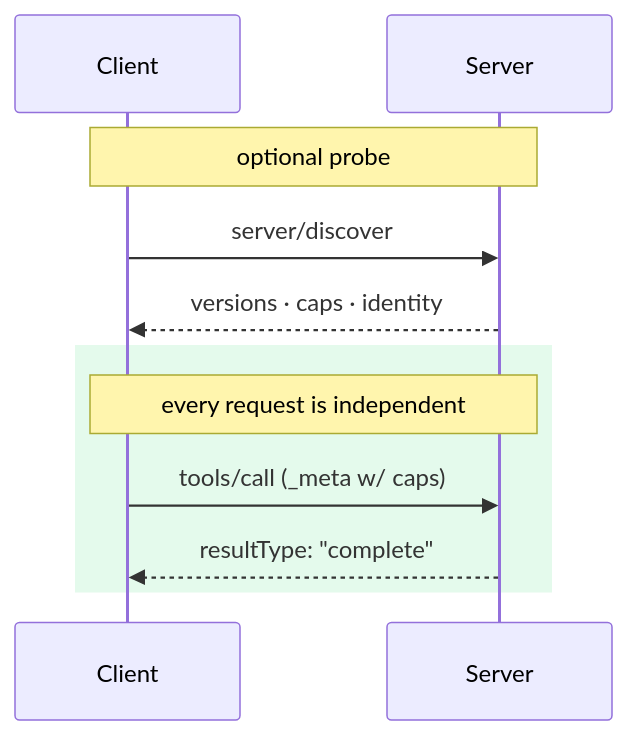
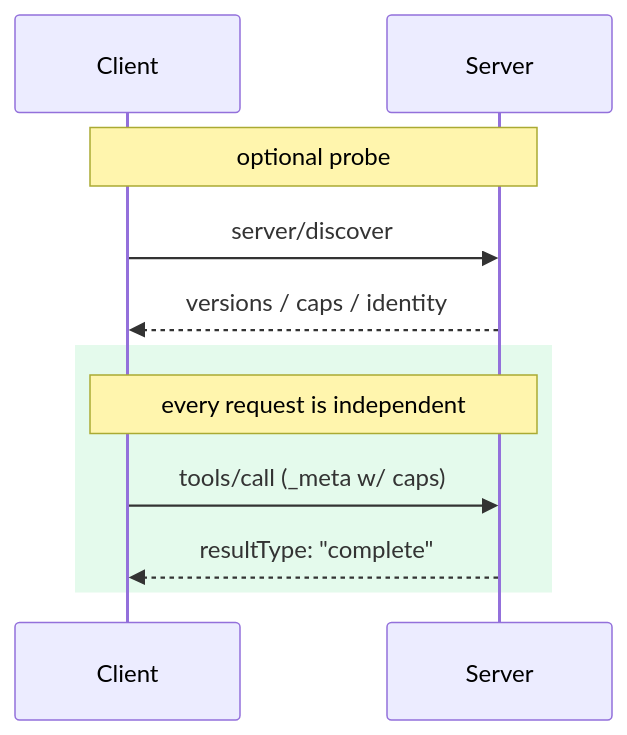
Before and after one commit to parttimenerd/tiny-llm-library-demo: the ninth of 14 diagrams in slides/slides.md, drawn with Mermaid. The commit also changed other lines of this file, not shown here.

````diff
--- a/slides/slides.md
+++ b/slides/slides.md
@@ -1586,15 +1586,15 @@
 ```mermaid {theme: 'dark', scale: 0.75}
 sequenceDiagram
     participant C as Client
     participant S as Server
 
     Note over C,S: optional probe
     C->>S: server/discover
-    S-->>C: versions · caps · identity
+    S-->>C: versions / caps / identity
 
     rect rgba(74,222,128,0.15)
     Note over C,S: every request is independent
     C->>S: tools/call (_meta w/ caps)
     S-->>C: resultType: "complete"
     end
 ```
````
